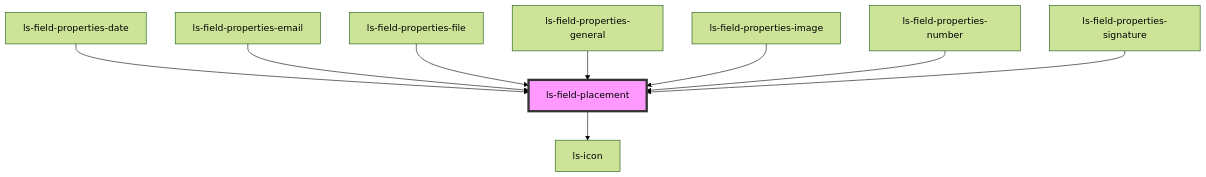
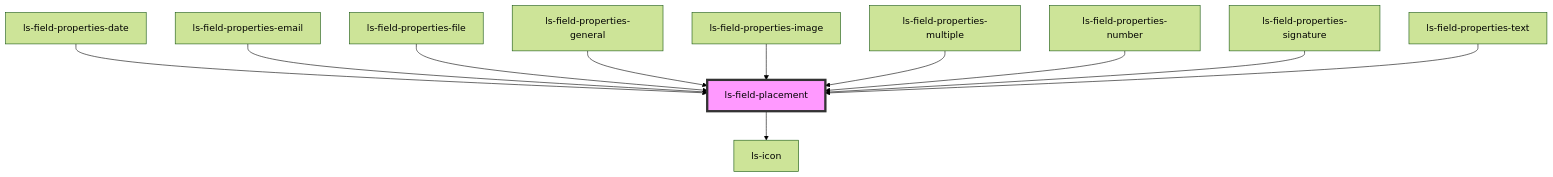
One commit to legalesign/ls-document-viewer changed the diagram in src/components/ls-field-placement/readme.md. Above: the diagram before and after it, drawn with Mermaid (forest theme). The commit also changed other lines of this file and 21 other files, not shown here.

````diff
--- a/src/components/ls-field-placement/readme.md
+++ b/src/components/ls-field-placement/readme.md
@@ -40,12 +42,14 @@
 ```mermaid
 graph TD;
   ls-field-placement --> ls-icon
   ls-field-properties-date --> ls-field-placement
   ls-field-properties-email --> ls-field-placement
   ls-field-properties-file --> ls-field-placement
   ls-field-properties-general --> ls-field-placement
   ls-field-properties-image --> ls-field-placement
+  ls-field-properties-multiple --> ls-field-placement
   ls-field-properties-number --> ls-field-placement
   ls-field-properties-signature --> ls-field-placement
+  ls-field-properties-text --> ls-field-placement
   style ls-field-placement fill:#f9f,stroke:#333,stroke-width:4px
 ```
````
